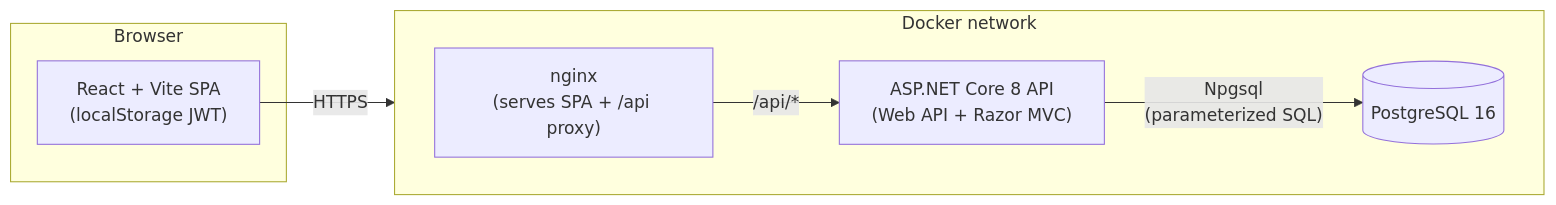
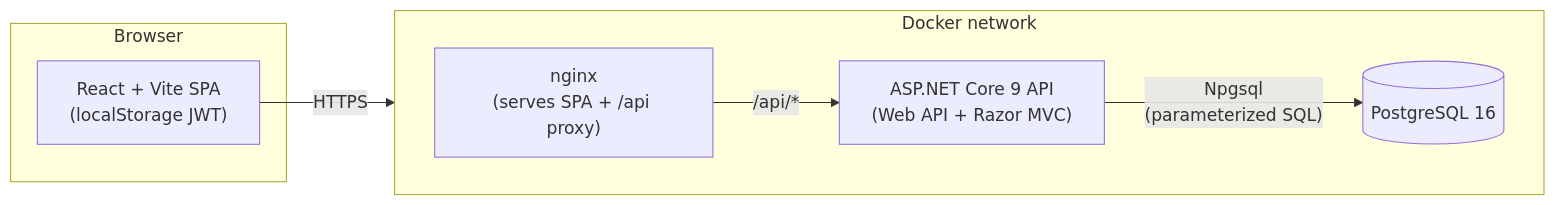
The first of 3 diagrams in docs/ARCHITECTURE.md (fercholio/taskflow-clean-challenge), drawn with Mermaid before and after one commit. The commit also changed 4 other files, not shown here.

````diff
--- a/docs/ARCHITECTURE.md
+++ b/docs/ARCHITECTURE.md
@@ -7,17 +7,17 @@
 ```mermaid
 flowchart LR
     subgraph Browser
       SPA["React + Vite SPA<br/>(localStorage JWT)"]
     end
 
     subgraph Container["Docker network"]
       direction LR
       NGINX["nginx<br/>(serves SPA + /api proxy)"]
-      API["ASP.NET Core 8 API<br/>(Web API + Razor MVC)"]
+      API["ASP.NET Core 9 API<br/>(Web API + Razor MVC)"]
       DB[("PostgreSQL 16")]
     end
 
     SPA -- HTTPS --> NGINX
     NGINX -- "/api/*" --> API
     API -- "Npgsql<br/>(parameterized SQL)" --> DB
 ```
````
